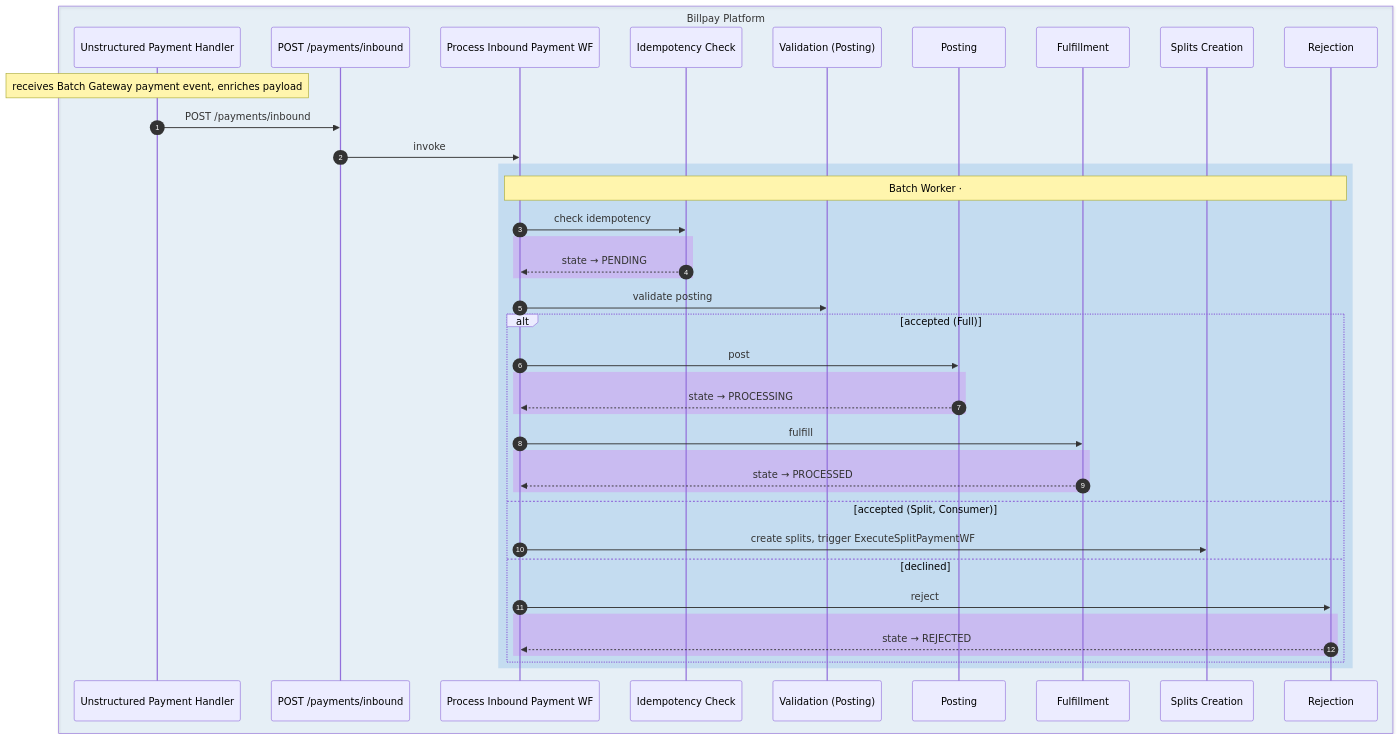
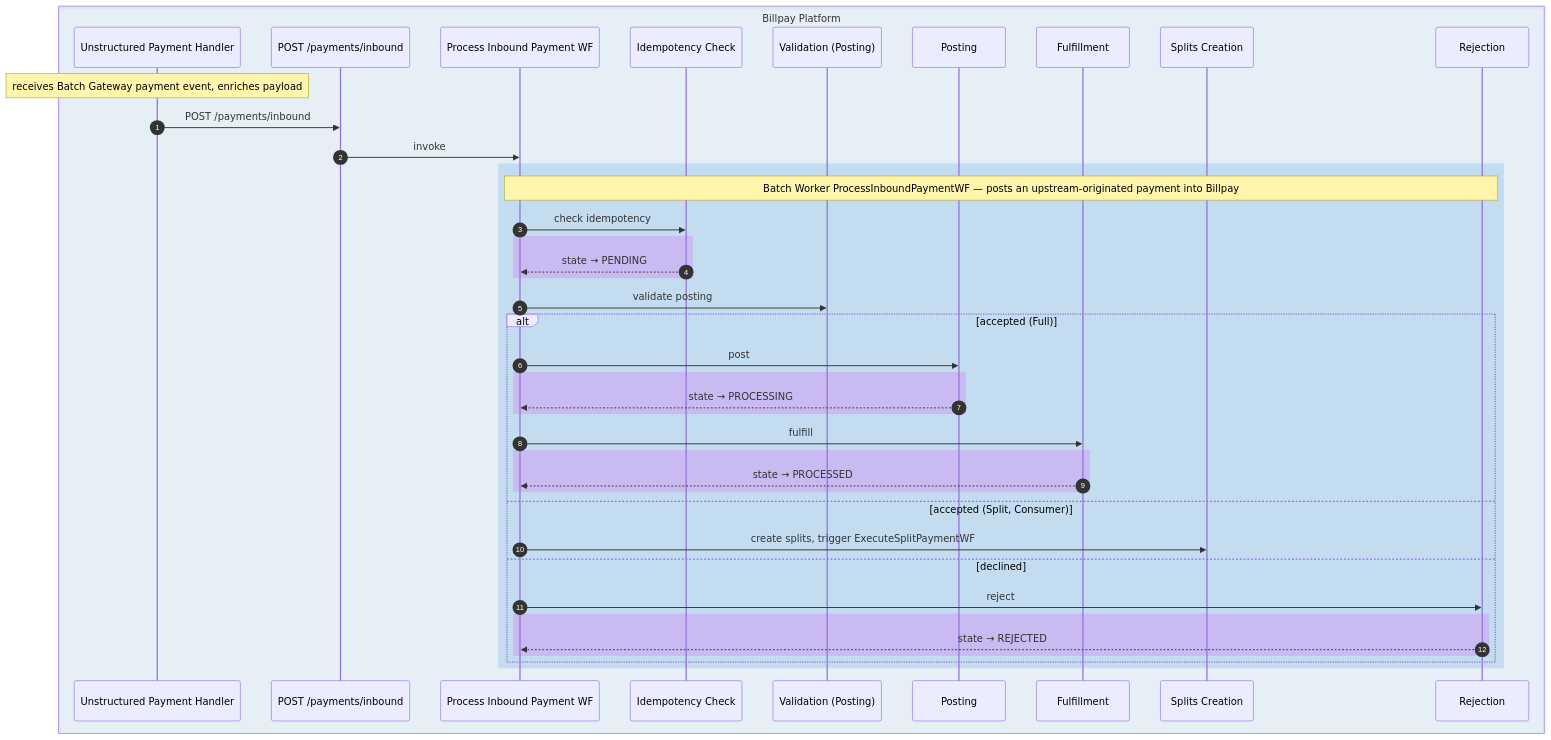
One commit to arunav-bhattacharya/billpay-docs changed the eighth of 11 diagrams in docs/diagrams/sequence-diagrams.md. Above: the diagram before and after it, drawn with Mermaid. The commit also changed other lines of this file, not shown here.

First line of the commit message:
Tidy Realtime/Batch Worker notes and extend Realtime annotation to async block in diagram #1

````diff
--- a/docs/diagrams/sequence-diagrams.md
+++ b/docs/diagrams/sequence-diagrams.md
@@ -496,46 +496,46 @@
 ```mermaid
 sequenceDiagram
   autonumber
 
   box rgba(0,111,207,0.08) Billpay Platform
     participant UPH as Unstructured Payment Handler
     participant API as POST /payments/inbound
     participant IB as Process Inbound Payment WF
     participant IDEMP as Idempotency Check
     participant PVP as Validation (Posting)
     participant PPS as Posting
     participant PFL as Fulfillment
     participant PSC as Splits Creation
     participant PRJ as Rejection
   end
 
   Note over UPH: receives Batch Gateway payment event, enriches payload
   UPH->>API: POST /payments/inbound
   API->>IB: invoke
 
   rect rgba(0,111,207,0.15)
-    Note over IB,PRJ: Batch Worker · #ProcessInboundPaymentWF — posts an upstream-originated payment into Billpay
+    Note over IB,PRJ: Batch Worker ProcessInboundPaymentWF — posts an upstream-originated payment into Billpay
     IB->>IDEMP: check idempotency
     rect rgba(217,70,239,0.22)
       IDEMP-->>IB: state → PENDING
     end
     IB->>PVP: validate posting
     alt accepted (Full)
       IB->>PPS: post
       rect rgba(217,70,239,0.22)
         PPS-->>IB: state → PROCESSING
       end
       IB->>PFL: fulfill
       rect rgba(217,70,239,0.22)
         PFL-->>IB: state → PROCESSED
       end
     else accepted (Split, Consumer)
       IB->>PSC: create splits, trigger ExecuteSplitPaymentWF
     else declined
       IB->>PRJ: reject
       rect rgba(217,70,239,0.22)
         PRJ-->>IB: state → REJECTED
       end
     end
   end
 ```
````
